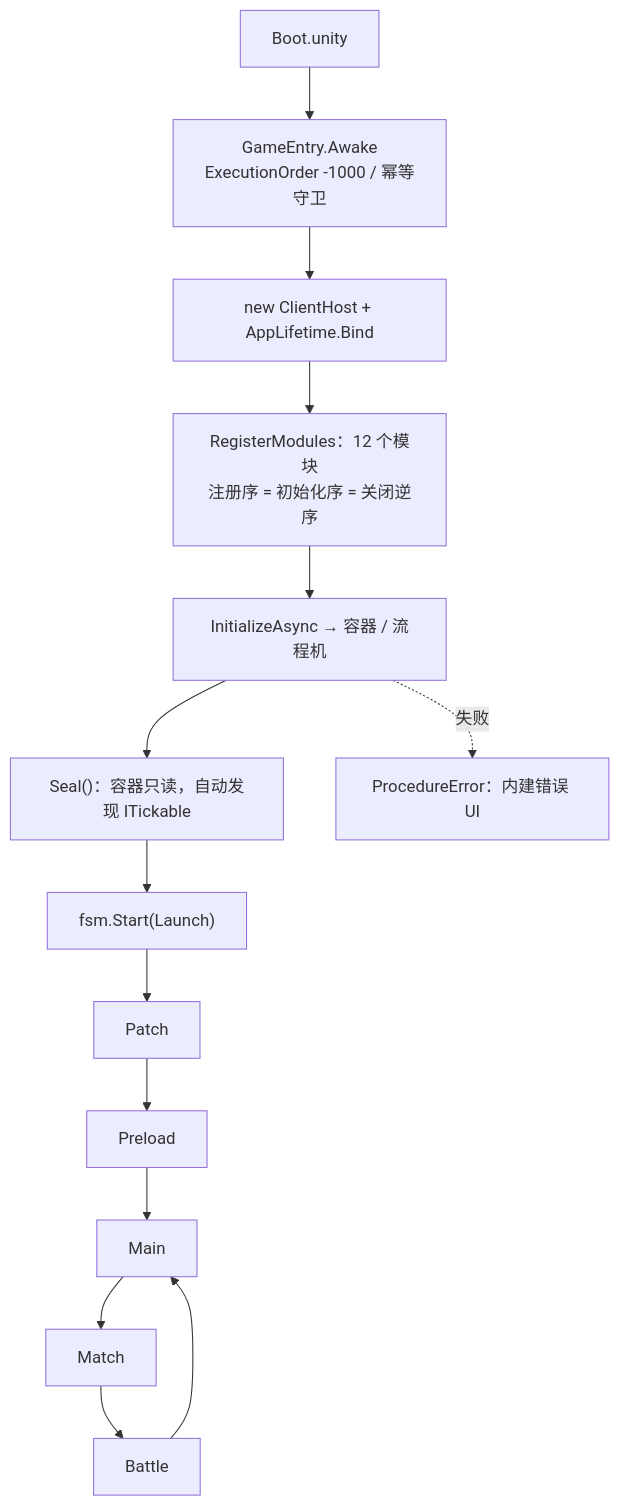
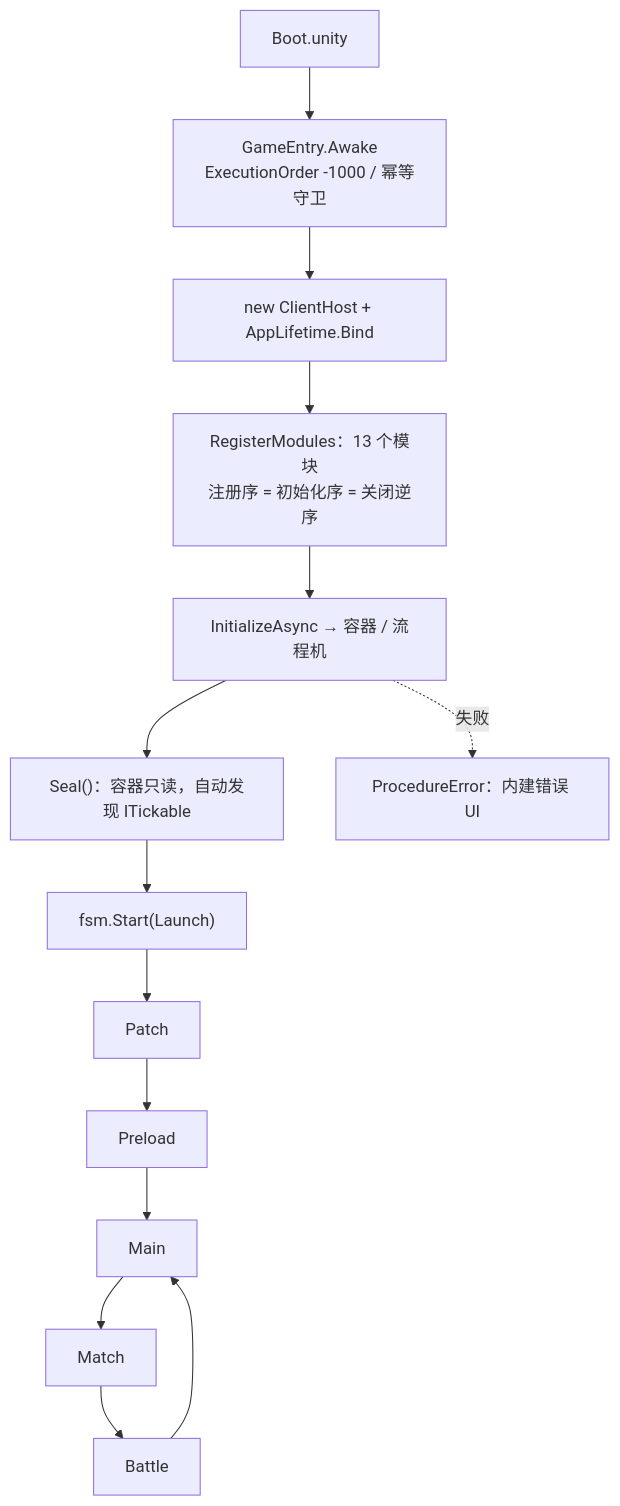
One commit to highhunter777/LiteFrameWork changed the second of 3 diagrams in Docs/技术总结/02-总体架构与程序集分层.md. Above: the diagram before and after it, drawn with Mermaid. The commit also changed other lines of this file and 45 other files, not shown here.

````diff
--- a/Docs/技术总结/02-总体架构与程序集分层.md
+++ b/Docs/技术总结/02-总体架构与程序集分层.md
@@ -124,12 +124,12 @@
 ```mermaid
 flowchart TD
     BOOT["Boot.unity"] --> GE["GameEntry.Awake<br/>ExecutionOrder -1000 / 幂等守卫"]
     GE --> HOST["new ClientHost + AppLifetime.Bind"]
-    HOST --> MOD["RegisterModules：12 个模块<br/>注册序 = 初始化序 = 关闭逆序"]
+    HOST --> MOD["RegisterModules：13 个模块<br/>注册序 = 初始化序 = 关闭逆序"]
     MOD --> INIT["InitializeAsync → 容器 / 流程机"]
     INIT --> SEAL["Seal()：容器只读，自动发现 ITickable"]
     SEAL --> START["fsm.Start(Launch)"]
     START --> PATCH["Patch"] --> PRE["Preload"] --> MAIN["Main"]
     MAIN --> MATCH["Match"] --> BATTLE["Battle"] --> MAIN
     INIT -.失败.-> ERR["ProcedureError：内建错误 UI"]
 ```
````
